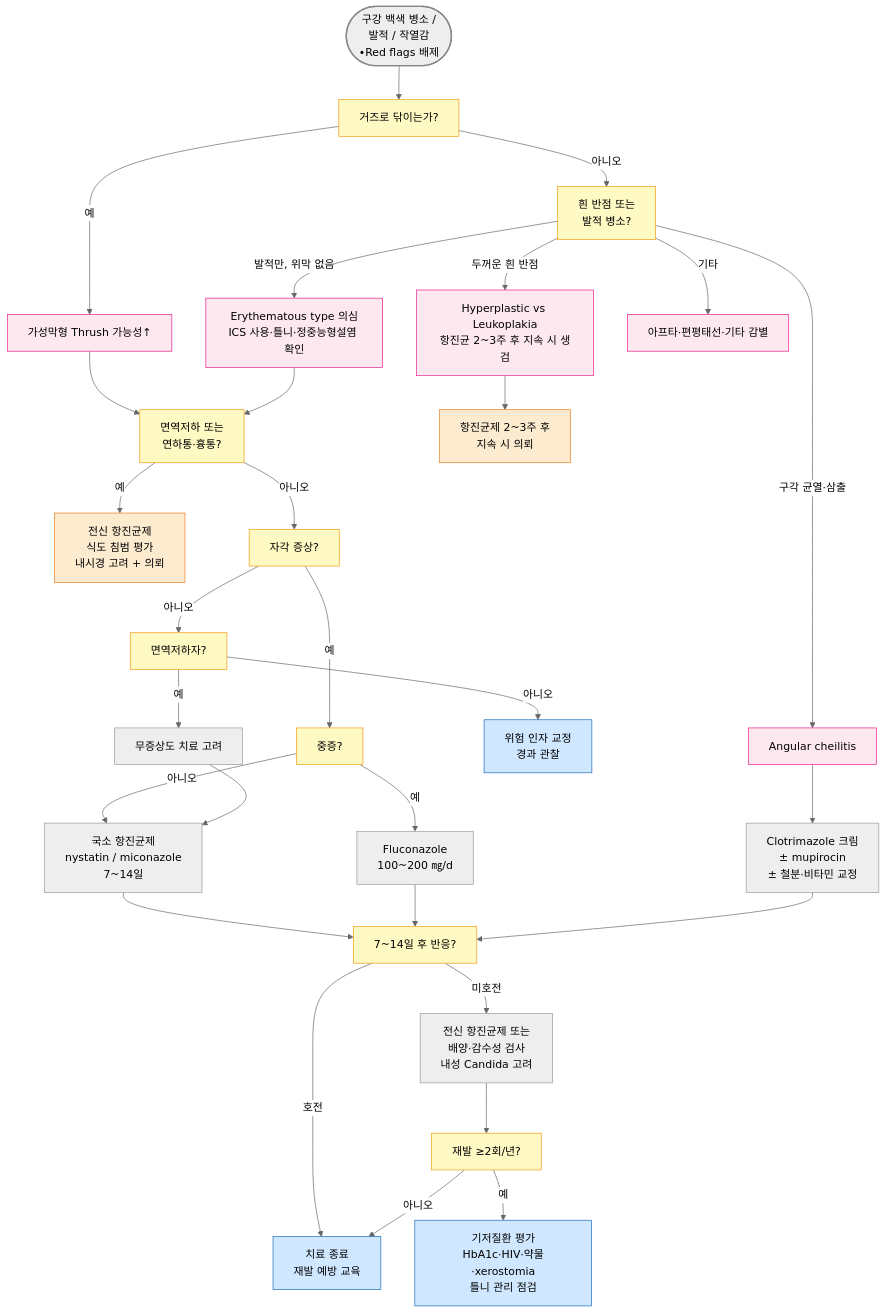
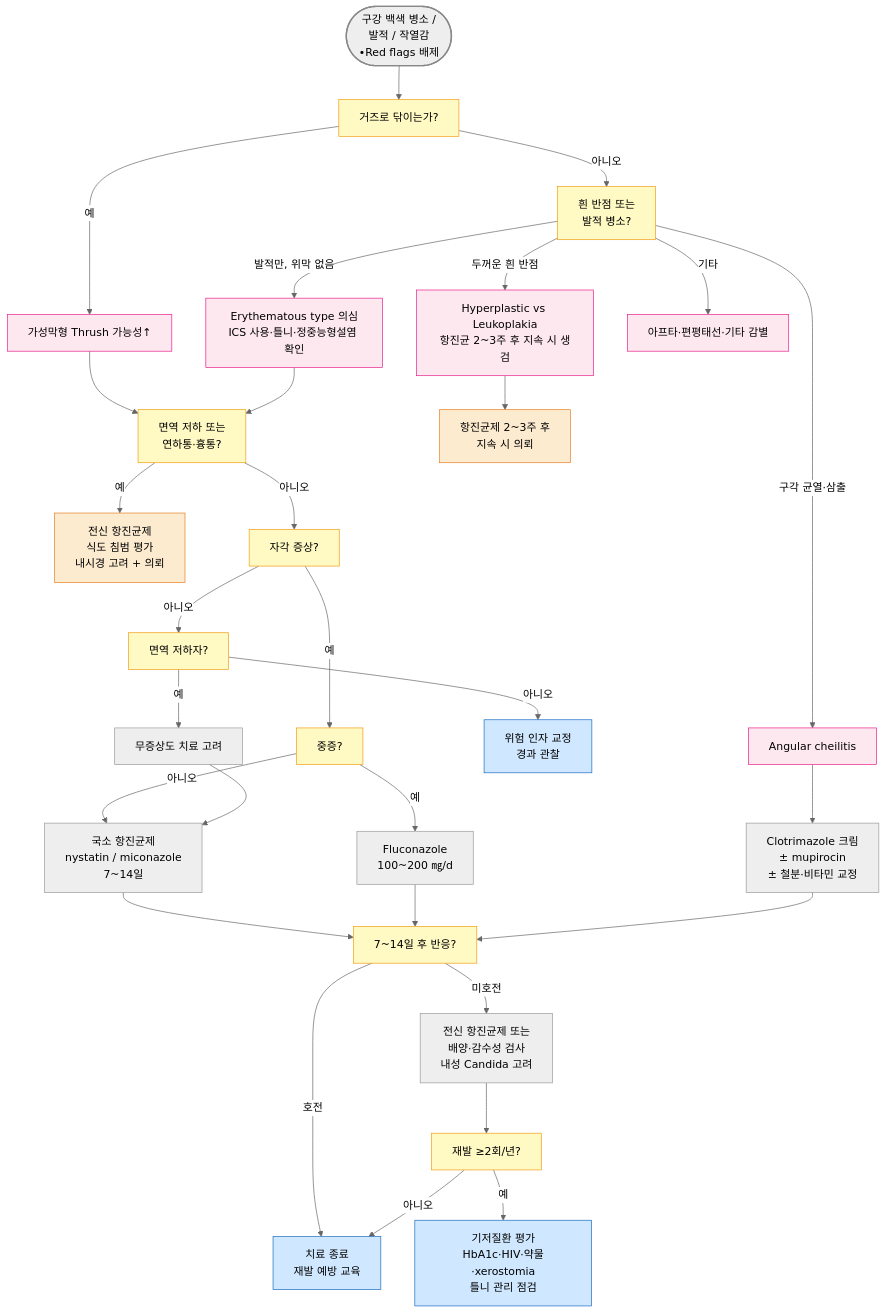
Before and after one commit to familyoh77/familyoh77: the diagram in 222_/055_-oral-candidiasis.md, drawn with Mermaid (neutral theme). The commit also changed other lines of this file and 19 other files, not shown here.

````diff
--- a/222_/055_-oral-candidiasis.md
+++ b/222_/055_-oral-candidiasis.md
@@ -105,41 +105,41 @@
 ```mermaid
 flowchart TD
     A([구강 백색 병소 / <br/>발적 / 작열감<br/>•Red flags 배제]) --> B[거즈로 닦이는가?]
     B -- 예 --> C[가성막형 Thrush 가능성↑]
     B -- 아니오 --> D[흰 반점 또는<br/>발적 병소?]
     D -- 두꺼운 흰 반점 --> E[Hyperplastic vs Leukoplakia<br/>항진균 2~3주 후 지속 시 생검]
     D -- 발적만, 위막 없음 --> H[Erythematous type 의심<br/>ICS 사용·틀니·정중능형설염 확인]
     D -- 구각 균열·삼출 --> G[Angular cheilitis]
     D -- 기타 --> Z[아프타·편평태선·기타 감별]
-    C --> I[면역저하 또는<br/>연하통·흉통?]
+    C --> I[면역 저하 또는<br/>연하통·흉통?]
     H --> I
     I -- 예 --> J[전신 항진균제<br/>식도 침범 평가<br/>내시경 고려 + 의뢰]
     I -- 아니오 --> K[자각 증상?]
-    K -- 아니오 --> L[면역저하자?]
+    K -- 아니오 --> L[면역 저하자?]
     L -- 예 --> M[무증상도 치료 고려]
     L -- 아니오 --> N[위험 인자 교정<br/>경과 관찰]
     K -- 예 --> O[중증?]
     O -- 아니오 --> P[국소 항진균제<br/>nystatin / miconazole<br/>7~14일]
     O -- 예 --> Q[Fluconazole<br/>100~200 ㎎/d]
     M --> P
     P --> R[7~14일 후 반응?]
     Q --> R
     R -- 호전 --> S[치료 종료<br/>재발 예방 교육]
     R -- 미호전 --> T[전신 항진균제 또는<br/>배양·감수성 검사<br/>내성 Candida 고려]
     T --> U[재발 ≥2회/년?]
     U -- 예 --> V[기저질환 평가<br/>HbA1c·HIV·약물·xerostomia<br/>틀니 관리 점검]
     U -- 아니오 --> S
     G --> W[Clotrimazole 크림<br/>± mupirocin<br/>± 철분·비타민 교정]
     W --> R
     E --> X[항진균제 2~3주 후<br/>지속 시 의뢰]
 
 style A fill:#eeeeee,stroke:#888888,stroke-width:2px
 classDef orange fill:#fdebd0,stroke:#e67e22
 class J,X orange
 classDef yellow fill:#fff9c4,stroke:#f39c12
 class B,D,I,K,L,O,R,U yellow
 classDef blue fill:#d0e8ff,stroke:#1a6abf
 class N,S,V blue
 classDef pink fill:#fde8f0,stroke:#e91e8c
 class G,H,Z,C,E pink
 ```
````
